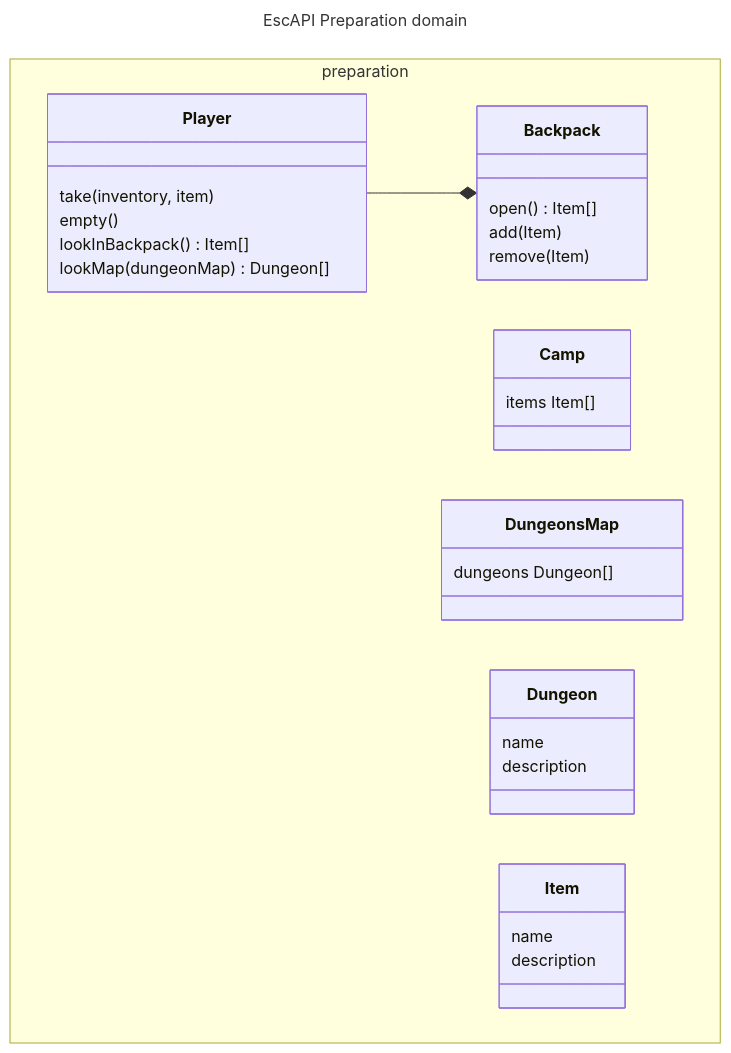
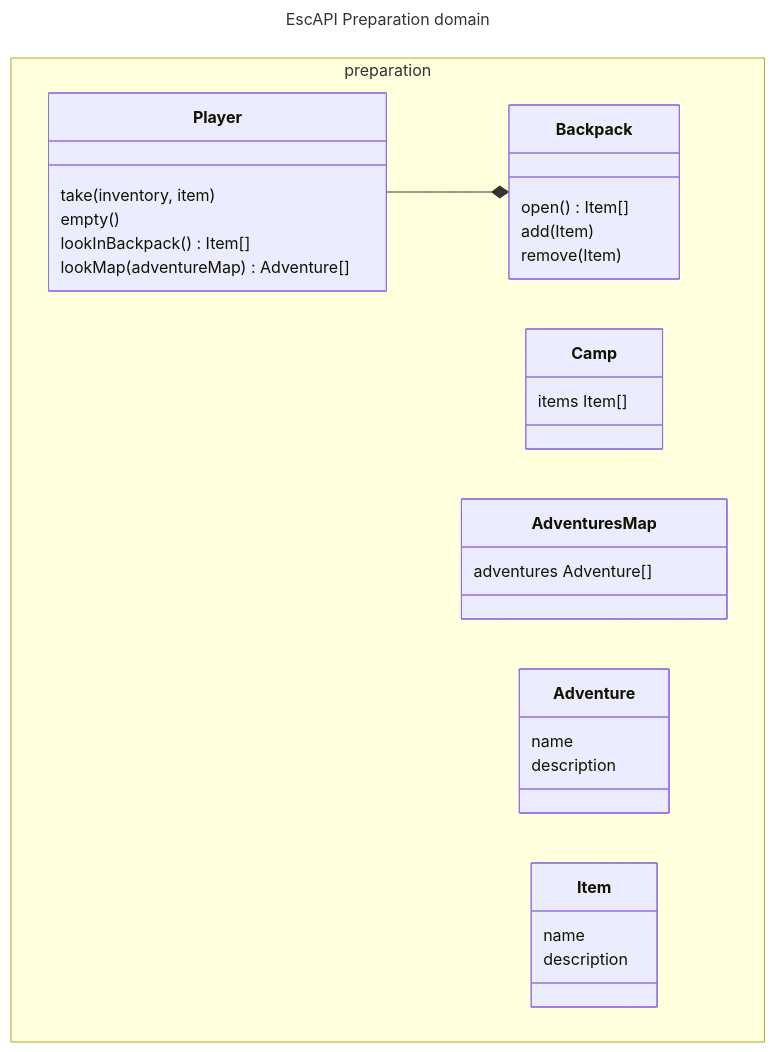
The diagram in docs/preparation-domain.mmd (Yopadd/adventure-crawler), drawn with Mermaid before and after one commit. The commit also changed 75 other files, not shown here.

Commit message:
rename dungeon to adventure

```diff
--- a/docs/preparation-domain.mmd
+++ b/docs/preparation-domain.mmd
@@ -1,38 +1,38 @@
 ---
 title: EscAPI Preparation domain
 ---
 classDiagram
   namespace preparation {
     class Player {
       take(inventory, item)
       empty()
       lookInBackpack() Item[]
-      lookMap(dungeonMap) Dungeon[]
+      lookMap(adventureMap) Adventure[]
     }
 
     class Backpack {
       open() Item[]
       add(Item)
       remove(Item)
     }
 
     class Camp {
       items Item[]
     }
 
-    class DungeonsMap {
-      dungeons Dungeon[]
+    class AdventuresMap {
+      adventures Adventure[]
     }
 
-    class Dungeon {
+    class Adventure {
       name
       description
     }
 
     class Item {
       name
       description
     }
   }
 
 Player --* Backpack
```
